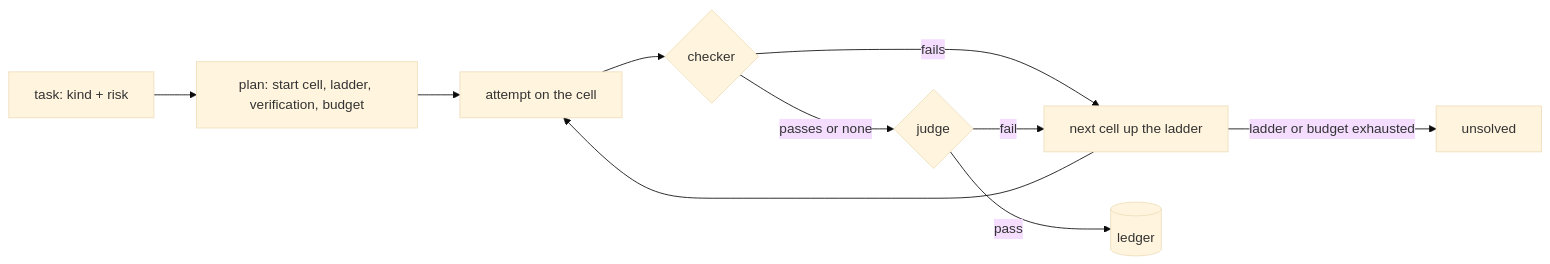
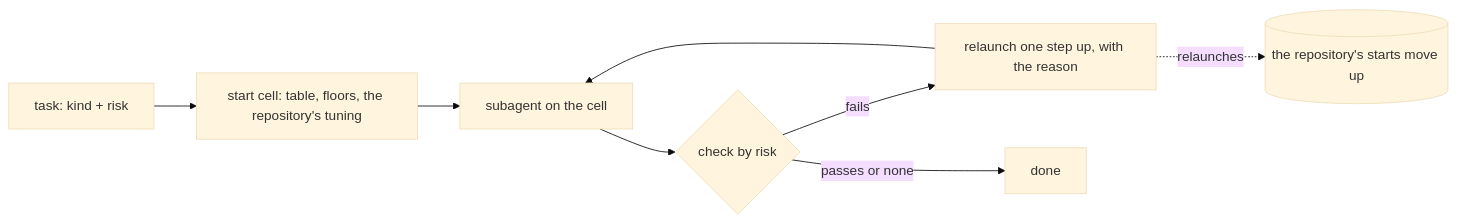
Before and after one commit to dcamunas/model-router: the diagram in docs/how-it-decides.md, drawn with Mermaid (base theme). The commit also changed other lines of this file and 41 other files, not shown here.

````diff
--- a/docs/how-it-decides.md
+++ b/docs/how-it-decides.md
@@ -9,12 +9,10 @@
 ```mermaid
 flowchart LR
-  T[task: kind + risk] --> P[plan: start cell, ladder, verification, budget]
-  P --> A[attempt on the cell]
-  A --> C{checker}
-  C -- fails --> N[next cell up the ladder]
-  C -- passes or none --> J{judge}
-  J -- pass --> L[(ledger)]
-  J -- fail --> N
+  T[task: kind + risk] --> S[start cell: table, floors, the repository's tuning]
+  S --> A[subagent on the cell]
+  A --> C{check by risk}
+  C -- fails --> N[relaunch one step up, with the reason]
   N --> A
-  N -- ladder or budget exhausted --> U[unsolved]
+  C -- passes or none --> D[done]
+  N -. relaunches .-> R[(the repository's starts move up)]
 ```
````
